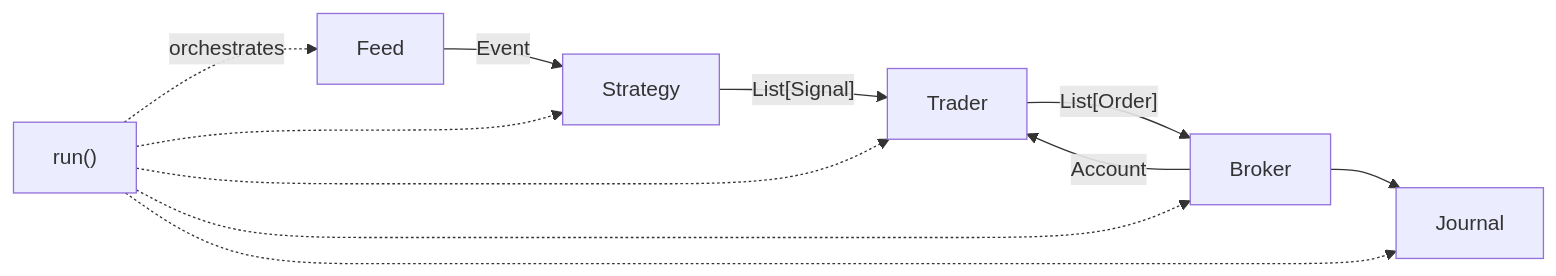
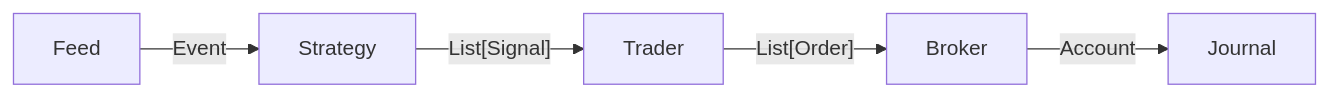
Before and after one commit to neurallayer/roboquant-mojo: the first of 2 diagrams in README.md, drawn with Mermaid. The commit also changed other lines of this file and 2 other files, not shown here.

````diff
--- a/README.md
+++ b/README.md
@@ -11,13 +16,7 @@
 ```mermaid
 flowchart LR
     F[Feed] -->|Event| S[Strategy]
     S -->|"List[Signal]"| T[Trader]
     T -->|"List[Order]"| B[Broker]
-    B -->|Account| T
-    B --> J[Journal]
-    R["run()"] -.orchestrates.-> F
-    R -.-> S
-    R -.-> T
-    R -.-> B
-    R -.-> J
+    B -->|"Account"| J[Journal]
 ```
````
